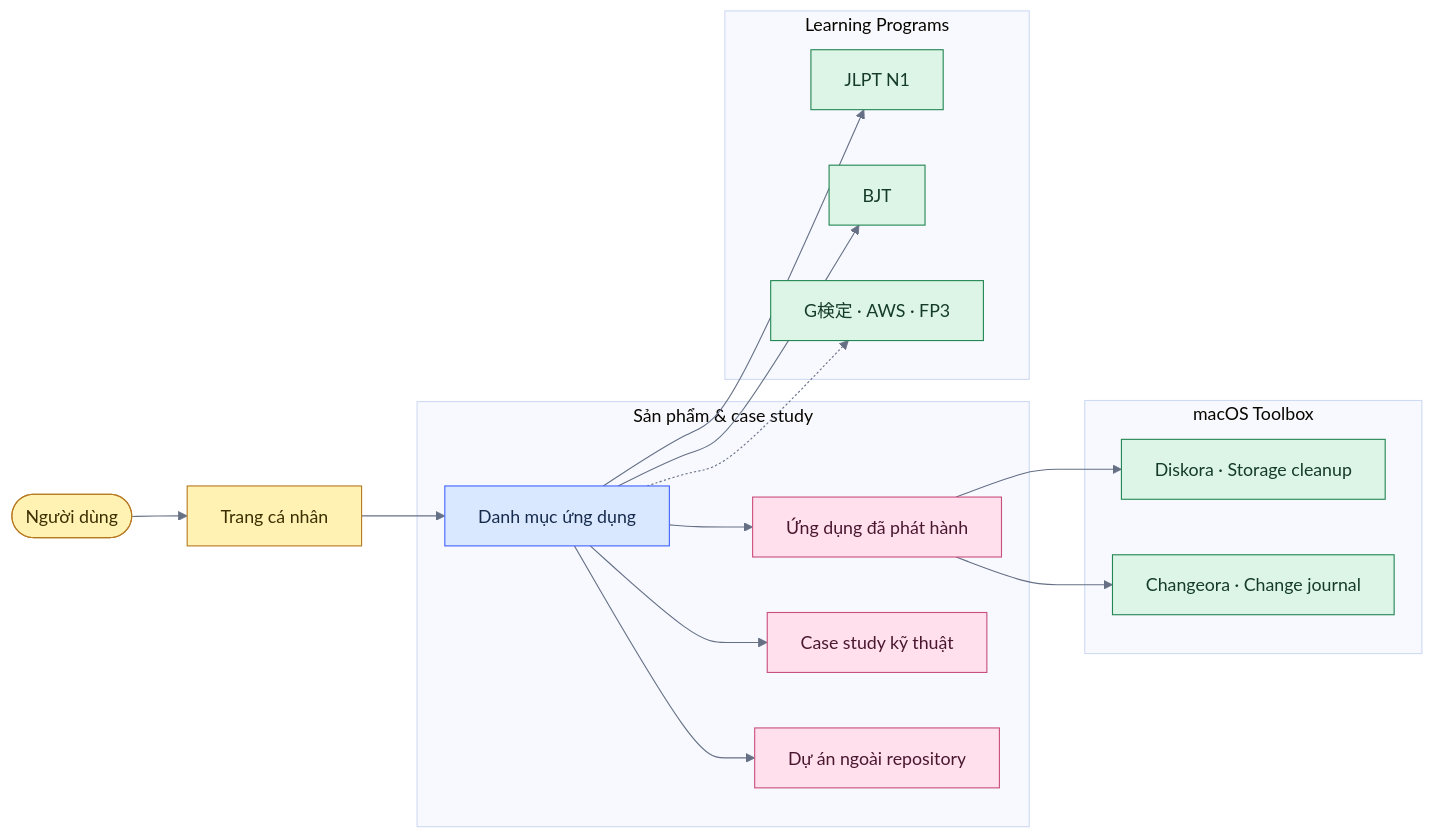
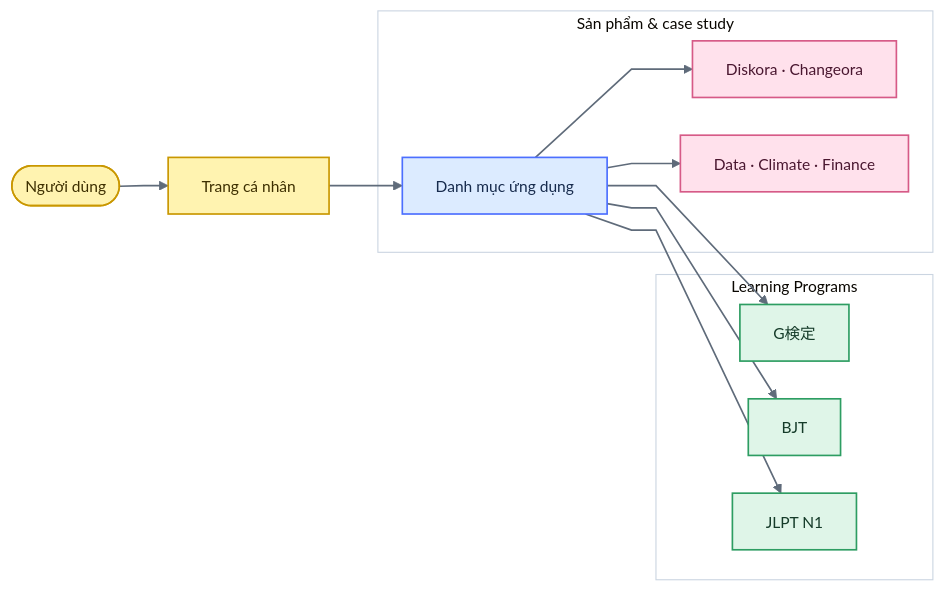
Before and after one commit to thangldw/thangldw.github.io: the first of 3 diagrams in README.md, drawn with Mermaid. The commit also changed other lines of this file and 7 other files, not shown here.

Commit message:
docs: clean repository guides and diagrams

````diff
--- a/README.md
+++ b/README.md
@@ -9,33 +9,27 @@
 ```mermaid
-%%{init: {"theme":"base","themeVariables":{"fontFamily":"Inter, Arial, sans-serif","lineColor":"#667085","primaryTextColor":"#172B4D"}}}%%
+%%{init: {"theme":"base","flowchart":{"curve":"linear","nodeSpacing":34,"rankSpacing":44},"themeVariables":{"fontFamily":"Inter, Arial, sans-serif","fontSize":"14px","lineColor":"#5F6B7A","primaryTextColor":"#1F2937","clusterBkg":"#FFFFFF","clusterBorder":"#CBD5E1"}}}%%
 flowchart LR
   Visitor(["Người dùng"]) --> Home["Trang cá nhân"]
-  Home --> Apps["Danh mục ứng dụng"]
+  Home --> Catalog["Danh mục ứng dụng"]
 
-  subgraph Work["Sản phẩm & case study"]
-    Apps --> Products["Ứng dụng đã phát hành"]
-    Apps --> Cases["Case study kỹ thuật"]
-    Apps --> External["Dự án ngoài repository"]
-  end
-
-  subgraph Toolbox["macOS Toolbox"]
-    Products --> Diskora["Diskora · Storage cleanup"]
-    Products --> Changeora["Changeora · Change journal"]
+  subgraph Products["Sản phẩm & case study"]
+    Catalog --> Toolbox["Diskora · Changeora"]
+    Catalog --> Data["Data · Climate · Finance"]
   end
 
   subgraph Learning["Learning Programs"]
-    Apps --> JLPT["JLPT N1"]
-    Apps --> BJT["BJT"]
-    Apps -.-> Future["G検定 · AWS · FP3"]
+    Catalog --> G["G検定"]
+    Catalog --> BJT["BJT"]
+    Catalog --> JLPT["JLPT N1"]
   end
 
-  classDef yellow fill:#FFF2B2,stroke:#B7791F,color:#3B2F00,stroke-width:1px;
-  classDef blue fill:#D9E8FF,stroke:#4262FF,color:#172B4D,stroke-width:1px;
-  classDef green fill:#DDF5E7,stroke:#238653,color:#153B29,stroke-width:1px;
-  classDef pink fill:#FFE0EC,stroke:#C94F7C,color:#4A1730,stroke-width:1px;
-  class Visitor,Home yellow;
-  class Apps blue;
-  class Products,Cases,External pink;
-  class Diskora,Changeora green;
-  class JLPT,BJT,Future green;
+  classDef stickyYellow fill:#FFF3B0,stroke:#C99700,color:#3D2F00,stroke-width:1.5px;
+  classDef stickyBlue fill:#DCEBFF,stroke:#4C6FFF,color:#172B4D,stroke-width:1.5px;
+  classDef stickyPink fill:#FFE1EC,stroke:#D65A87,color:#4A1730,stroke-width:1.5px;
+  classDef stickyGreen fill:#DFF5E8,stroke:#2D9D62,color:#153B29,stroke-width:1.5px;
+  class Visitor,Home stickyYellow;
+  class Catalog stickyBlue;
+  class Toolbox,Data stickyPink;
+  class G,BJT,JLPT stickyGreen;
+  linkStyle default stroke:#5F6B7A,stroke-width:1.5px;
 ```
````
